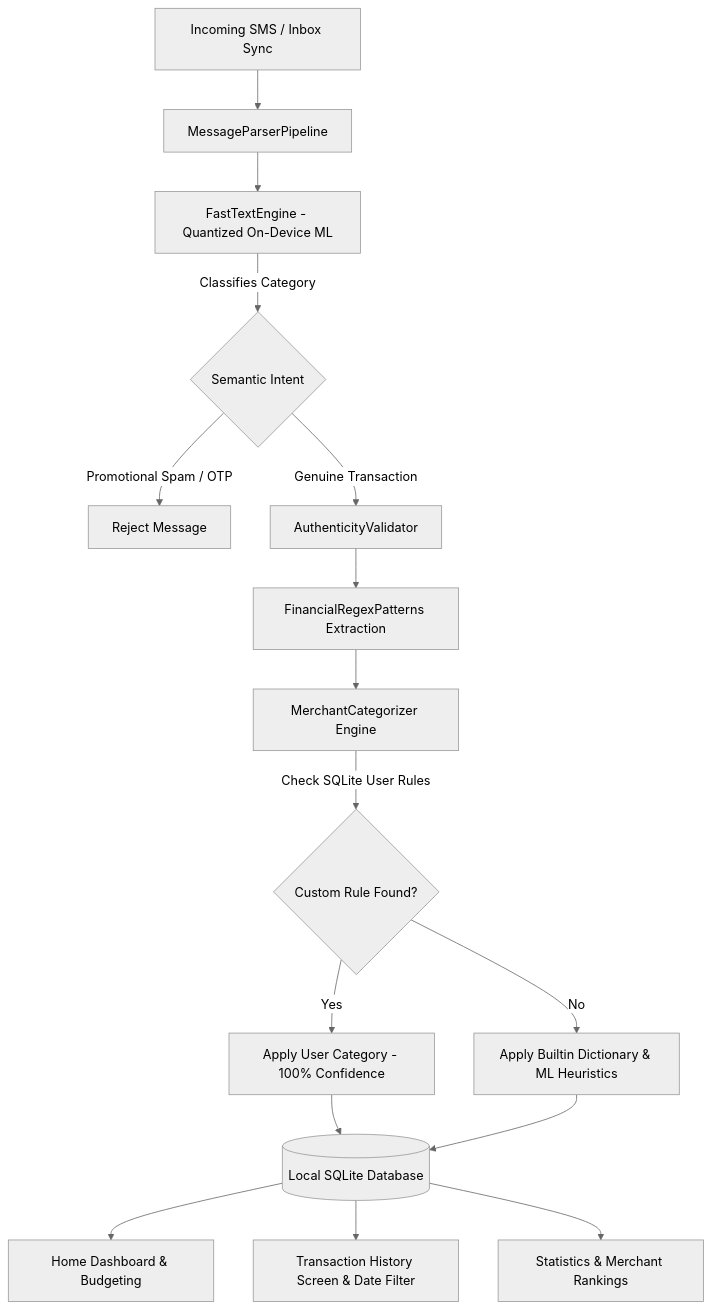
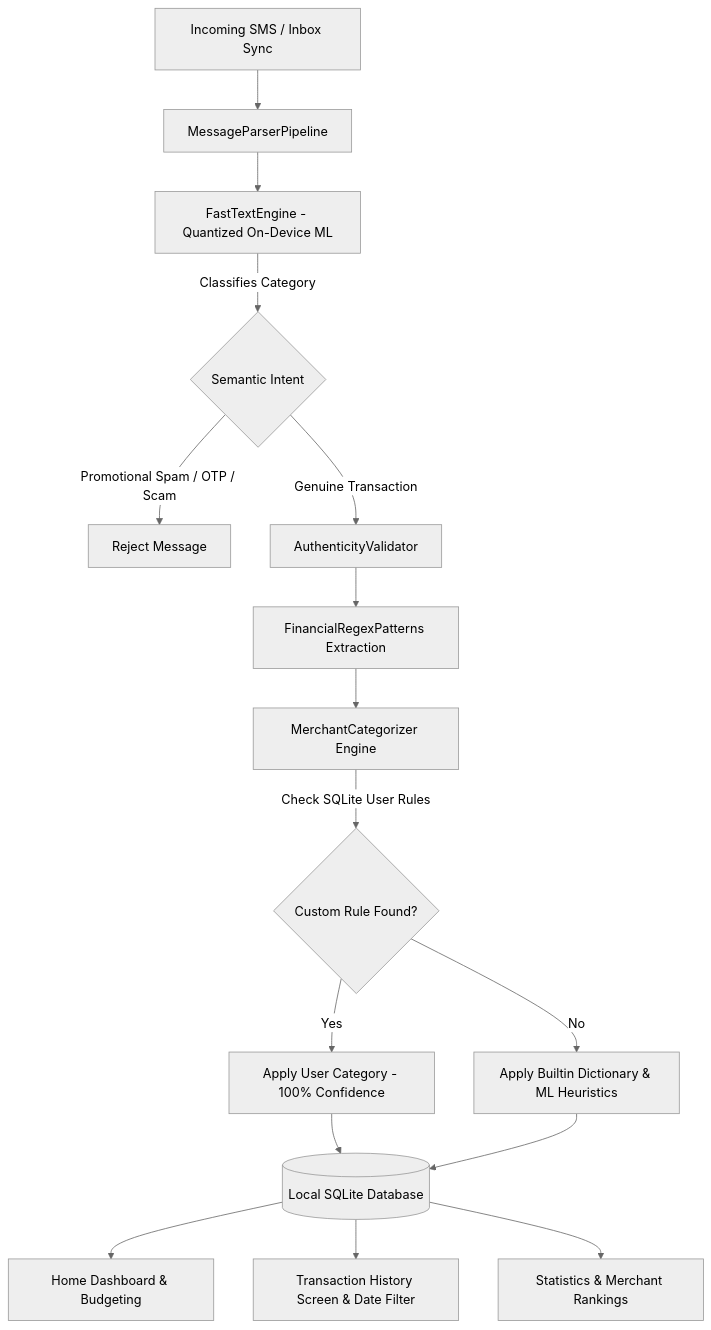
Before and after one commit to allwin-antony/Expense_tracker: the diagram in README.md, drawn with Mermaid (neutral theme). The commit also changed other lines of this file, not shown here.

Commit message:
docs: update README with Clause Scoper, scam protection, multi-currency features, and 196 test count

````diff
--- a/README.md
+++ b/README.md
@@ -27,22 +29,22 @@
 ```mermaid
 flowchart TD
     A[Incoming SMS / Inbox Sync] --> B[MessageParserPipeline]
     B --> C[FastTextEngine - Quantized On-Device ML]
     
     C -->|Classifies Category| D{Semantic Intent}
-    D -->|Promotional Spam / OTP| E[Reject Message]
+    D -->|Promotional Spam / OTP / Scam| E[Reject Message]
     D -->|Genuine Transaction| F[AuthenticityValidator]
     
     F --> G[FinancialRegexPatterns Extraction]
     G --> H[MerchantCategorizer Engine]
     H -->|Check SQLite User Rules| I{Custom Rule Found?}
     I -->|Yes| J[Apply User Category - 100% Confidence]
     I -->|No| K[Apply Builtin Dictionary & ML Heuristics]
     
     J --> L[(Local SQLite Database)]
     K --> L
     
     L --> M[Home Dashboard & Budgeting]
     L --> N[Transaction History Screen & Date Filter]
     L --> O[Statistics & Merchant Rankings]
 ```
````
